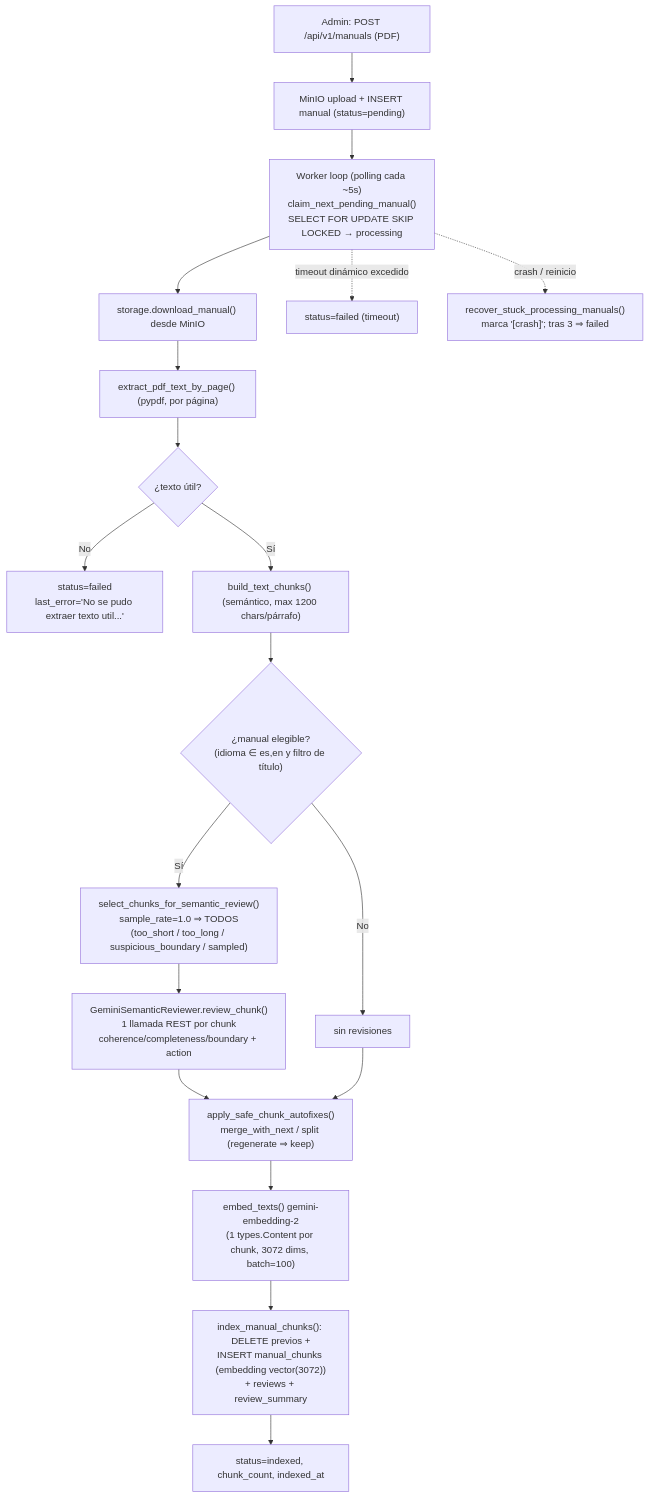
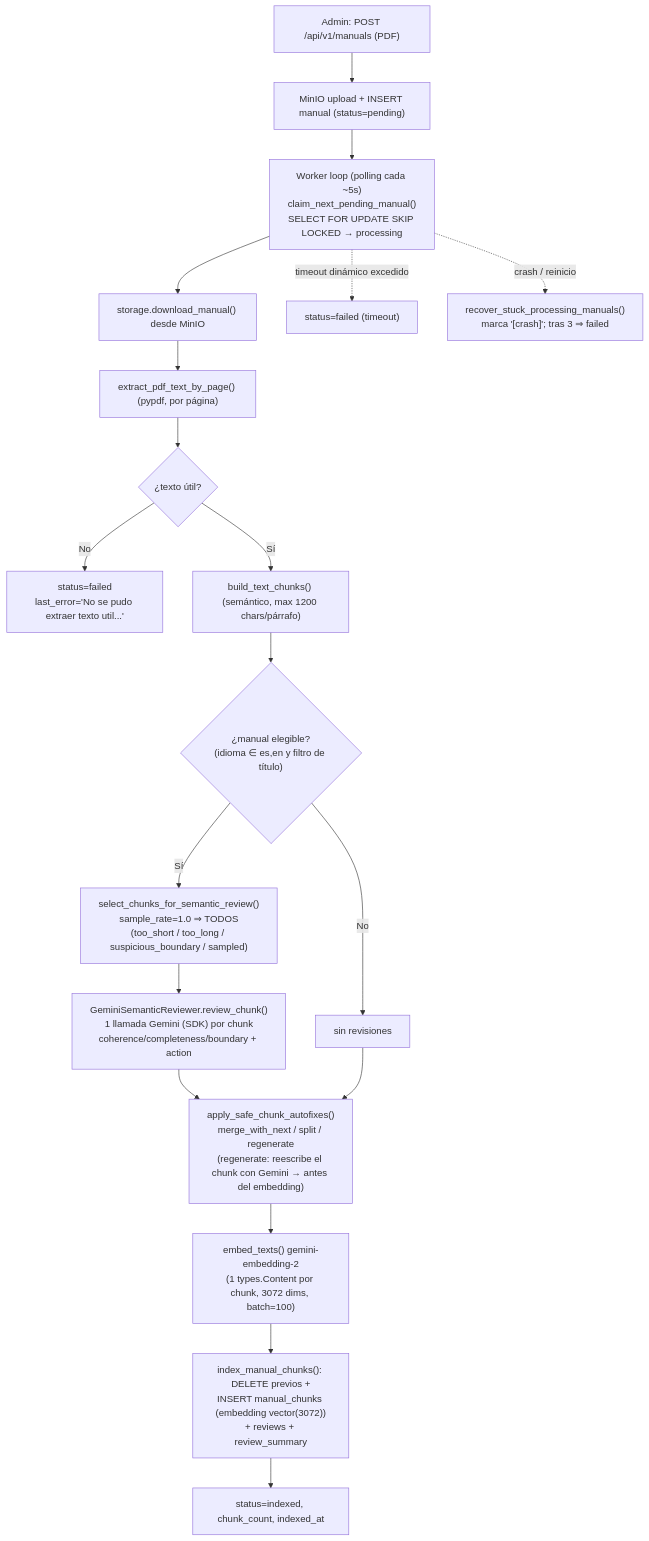
Before and after one commit to soviedos/rc7_programming_assistant: the second of 8 diagrams in docs/architecture/ARCHITECTURE.md, drawn with Mermaid. The commit also changed other lines of this file and 5 other files, not shown here.

First line of the commit message:
docs: reconcile documentation and architecture with the implemented system

````diff
--- a/docs/architecture/ARCHITECTURE.md
+++ b/docs/architecture/ARCHITECTURE.md
@@ -50,21 +54,21 @@
 ```mermaid
 flowchart TD
     A["Admin: POST /api/v1/manuals (PDF)"] --> B["MinIO upload + INSERT manual (status=pending)"]
     B --> C["Worker loop (polling cada ~5s)\nclaim_next_pending_manual()\nSELECT FOR UPDATE SKIP LOCKED → processing"]
     C --> D["storage.download_manual() desde MinIO"]
     D --> E["extract_pdf_text_by_page() (pypdf, por página)"]
     E --> F{"¿texto útil?"}
     F -- No --> Z1["status=failed\nlast_error='No se pudo extraer texto util...'"]
     F -- Sí --> G["build_text_chunks() (semántico, max 1200 chars/párrafo)"]
     G --> H{"¿manual elegible?\n(idioma ∈ es,en y filtro de título)"}
     H -- No --> K["sin revisiones"]
     H -- Sí --> I["select_chunks_for_semantic_review()\nsample_rate=1.0 ⇒ TODOS\n(too_short / too_long / suspicious_boundary / sampled)"]
-    I --> J["GeminiSemanticReviewer.review_chunk()\n1 llamada REST por chunk\ncoherence/completeness/boundary + action"]
-    J --> L["apply_safe_chunk_autofixes()\nmerge_with_next / split (regenerate ⇒ keep)"]
+    I --> J["GeminiSemanticReviewer.review_chunk()\n1 llamada Gemini (SDK) por chunk\ncoherence/completeness/boundary + action"]
+    J --> L["apply_safe_chunk_autofixes()\nmerge_with_next / split / regenerate\n(regenerate: reescribe el chunk con Gemini → antes del embedding)"]
     K --> L
     L --> M["embed_texts() gemini-embedding-2\n(1 types.Content por chunk, 3072 dims, batch=100)"]
     M --> N["index_manual_chunks(): DELETE previos +\nINSERT manual_chunks (embedding vector(3072))\n+ reviews + review_summary"]
     N --> O["status=indexed, chunk_count, indexed_at"]
     C -. "timeout dinámico excedido" .-> Z2["status=failed (timeout)"]
     C -. "crash / reinicio" .-> R["recover_stuck_processing_manuals()\nmarca '[crash]'; tras 3 ⇒ failed"]
 ```
````
